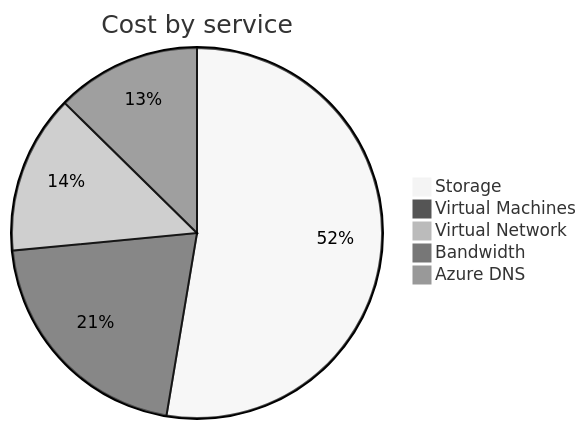
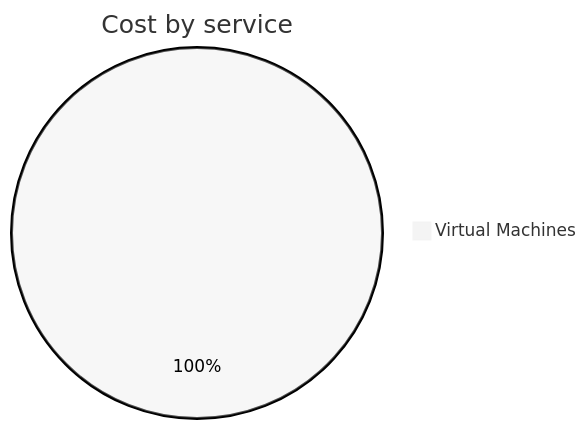
Before and after one commit to jpfulton/azure-personal-reports: the second of 4 diagrams in cost-reports/personal-network/README.md, drawn with Mermaid (neutral theme). The commit also changed other lines of this file and 8 other files, not shown here.

````diff
--- a/cost-reports/personal-network/README.md
+++ b/cost-reports/personal-network/README.md
@@ -99,9 +93,5 @@
 ```mermaid
 pie
    title Cost by service
-   "Storage" : 27.24
-   "Virtual Machines" : 10.79
-   "Virtual Network" : 7.18
-   "Bandwidth" : 6.54
-   "Azure DNS" : 0.48
+   "Virtual Machines" : 0.09
 ```
````
